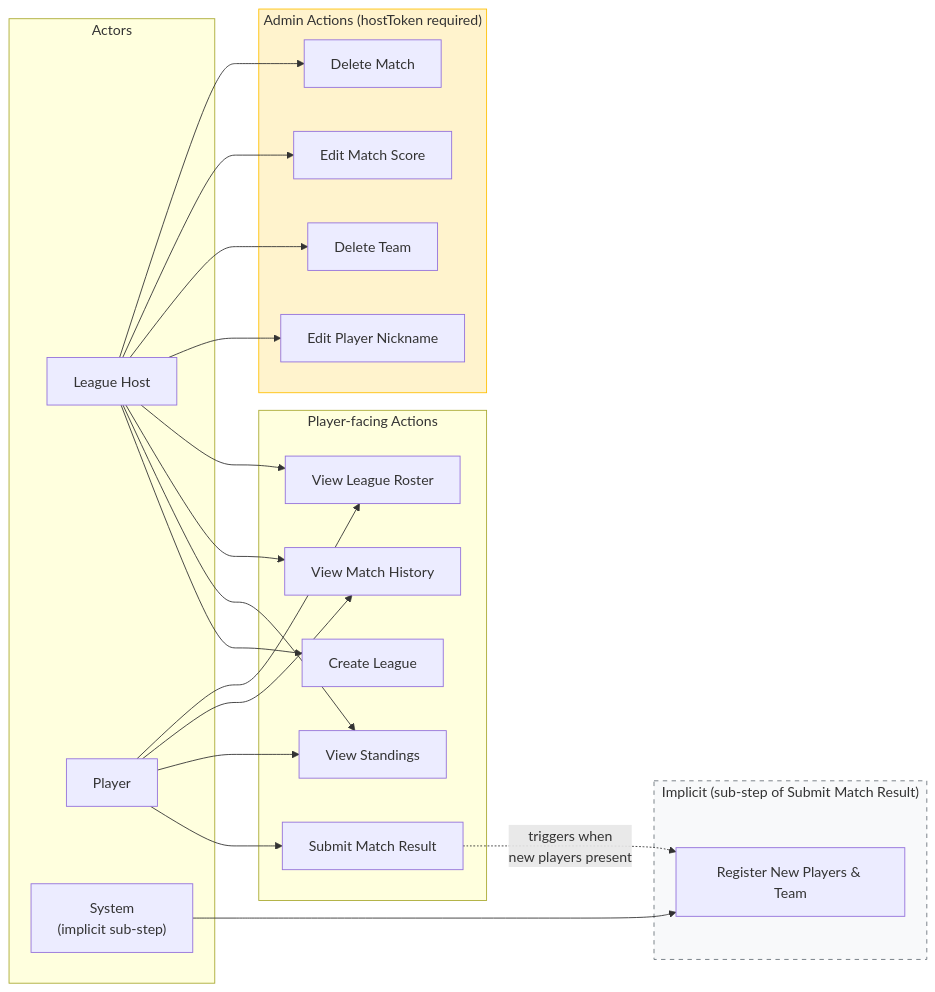
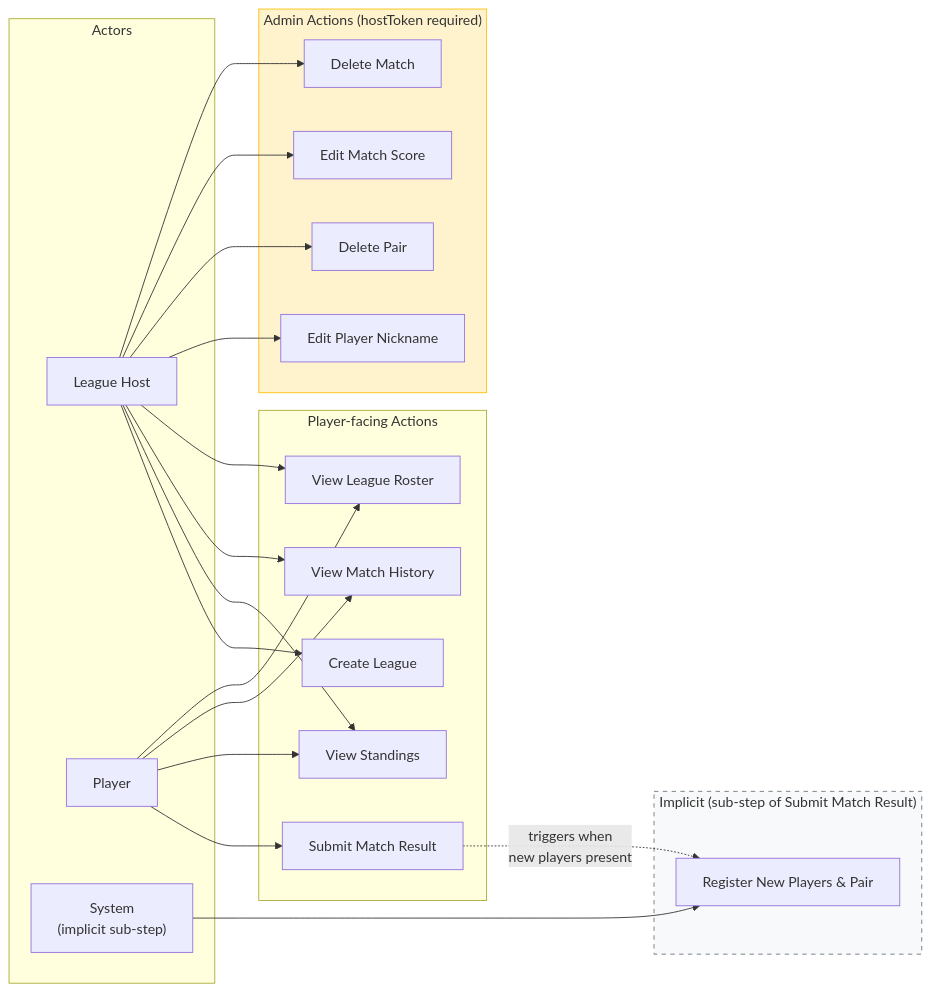
The diagram in Design_Doc/TLMB_Design_doc/02_business_actions.md (swjeong0825/TLMB_backend_main), drawn with Mermaid before and after one commit. The commit also changed other lines of this file and 113 other files, not shown here.

Commit message:
team_to_pair_migration

````diff
--- a/Design_Doc/TLMB_Design_doc/02_business_actions.md
+++ b/Design_Doc/TLMB_Design_doc/02_business_actions.md
@@ -5,42 +5,42 @@
 ```mermaid
 flowchart LR
     subgraph ACTORS ["Actors"]
         HOST["League Host"]
         PLAYER["Player"]
         SYSTEM["System\n(implicit sub-step)"]
     end
     subgraph PLAYER_ACTIONS ["Player-facing Actions"]
         CL["Create League"]
         SMR["Submit Match Result"]
         VS["View Standings"]
         VMH["View Match History"]
         VLR["View League Roster"]
     end
     subgraph ADMIN_ACTIONS ["Admin Actions  (hostToken required)"]
         EPN["Edit Player Nickname"]
-        DT["Delete Team"]
+        DT["Delete Pair"]
         EMS["Edit Match Score"]
         DM["Delete Match"]
     end
     subgraph IMPLICIT ["Implicit (sub-step of Submit Match Result)"]
-        REG["Register New Players & Team"]
+        REG["Register New Players & Pair"]
     end
 
     HOST --> CL
     HOST --> VS
     HOST --> VMH
     HOST --> VLR
     HOST --> EPN
     HOST --> DT
     HOST --> EMS
     HOST --> DM
     PLAYER --> SMR
     PLAYER --> VS
     PLAYER --> VMH
     PLAYER --> VLR
     SYSTEM --> REG
     SMR -.->|"triggers when\nnew players present"| REG
 
     style IMPLICIT fill:#f8f9fa,stroke:#6c757d,stroke-dasharray: 5 5
     style ADMIN_ACTIONS fill:#fff3cd,stroke:#ffc107
 ```
````
